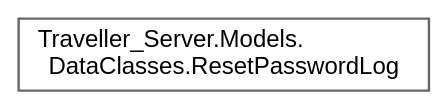
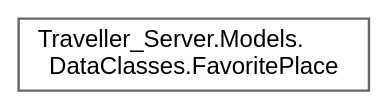
The diagram in Servidor/inherit_graph_31.dot (VenelinArgirov/manual-tecnico.github.io), drawn with Graphviz before and after one commit. The commit also changed 998 other files, not shown here.

```diff
--- a/Servidor/inherit_graph_31.dot
+++ b/Servidor/inherit_graph_31.dot
@@ -1,9 +1,9 @@
 digraph "Graphical Class Hierarchy"
 {
  // LATEX_PDF_SIZE
   bgcolor="transparent";
   edge [fontname=Helvetica,fontsize=10,labelfontname=Helvetica,labelfontsize=10];
   node [fontname=Helvetica,fontsize=10,shape=box,height=0.2,width=0.4];
   rankdir="LR";
-  Node0 [label="Traveller_Server.Models.\lDataClasses.ResetPasswordLog",height=0.2,width=0.4,color="grey40", fillcolor="white", style="filled",URL="$class_traveller___server_1_1_models_1_1_data_classes_1_1_reset_password_log.html",tooltip="ResetPasswordLog data class. Represents a log of reset password requests."];
+  Node0 [label="Traveller_Server.Models.\lDataClasses.FavoritePlace",height=0.2,width=0.4,color="grey40", fillcolor="white", style="filled",URL="$class_traveller___server_1_1_models_1_1_data_classes_1_1_favorite_place.html",tooltip="Data class of a FavoritePlace. Represents a location a user has saved as their favorite."];
 }
```
